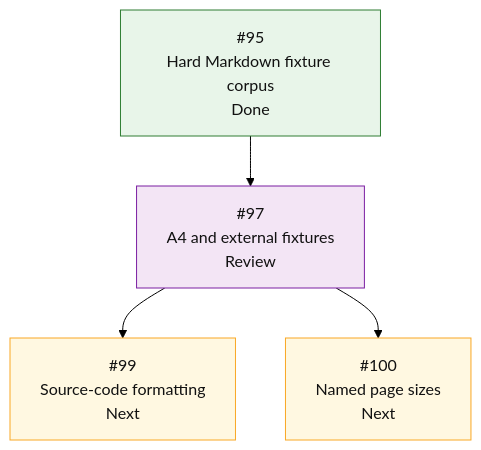
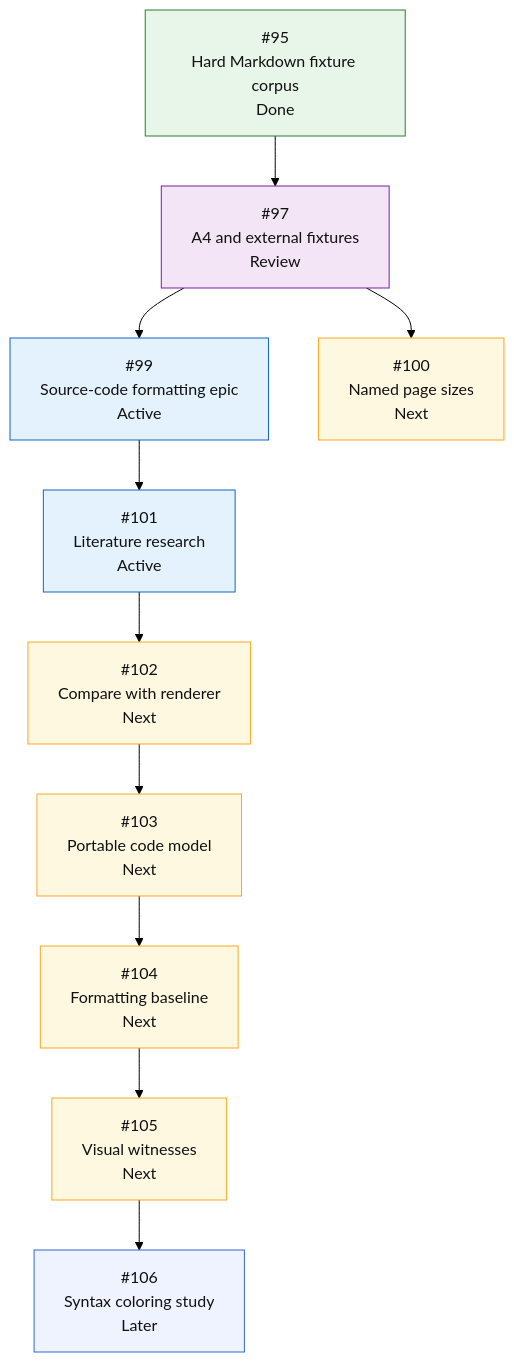
Before and after one commit to mihaelamj/MarkdownPDF: the fifth of 5 diagrams in README.md, drawn with Mermaid (forest theme). The commit also changed other lines of this file and 2 other files, not shown here.

Commit message:
docs(research): add source code typesetting study

````diff
--- a/README.md
+++ b/README.md
@@ -411,21 +413,30 @@
 ```mermaid
 flowchart TD
     H0["#95<br/>Hard Markdown fixture corpus<br/>Done"]
     H1["#97<br/>A4 and external fixtures<br/>Review"]
-    H2["#99<br/>Source-code formatting<br/>Next"]
+    H2["#99<br/>Source-code formatting epic<br/>Active"]
+    H2A["#101<br/>Literature research<br/>Active"]
+    H2B["#102<br/>Compare with renderer<br/>Next"]
+    H2C["#103<br/>Portable code model<br/>Next"]
+    H2D["#104<br/>Formatting baseline<br/>Next"]
+    H2E["#105<br/>Visual witnesses<br/>Next"]
+    H2F["#106<br/>Syntax coloring study<br/>Later"]
     H3["#100<br/>Named page sizes<br/>Next"]
 
     H0 --> H1
     H1 --> H2
+    H2 --> H2A --> H2B --> H2C --> H2D --> H2E --> H2F
     H1 --> H3
 
     classDef done fill:#e8f5e9,stroke:#2e7d32,color:#111;
     classDef active fill:#e3f2fd,stroke:#1565c0,color:#111;
     classDef review fill:#f3e5f5,stroke:#7b1fa2,color:#111;
     classDef next fill:#fff8e1,stroke:#f9a825,color:#111;
     classDef todo fill:#eef3ff,stroke:#3367d6,color:#111;
     class H0 done;
     class H1 review;
-    class H2 next;
+    class H2,H2A active;
+    class H2B,H2C,H2D,H2E next;
+    class H2F todo;
     class H3 next;
 ```
````
